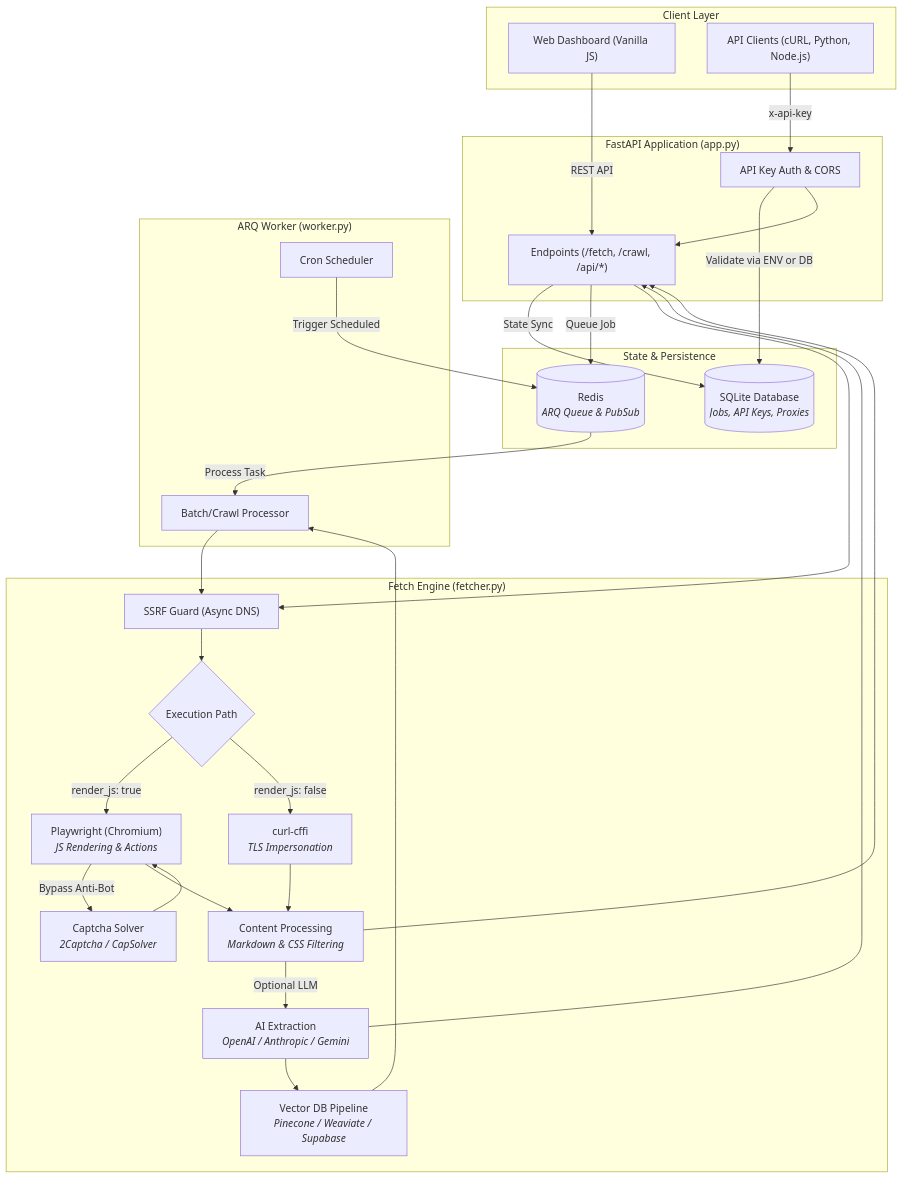
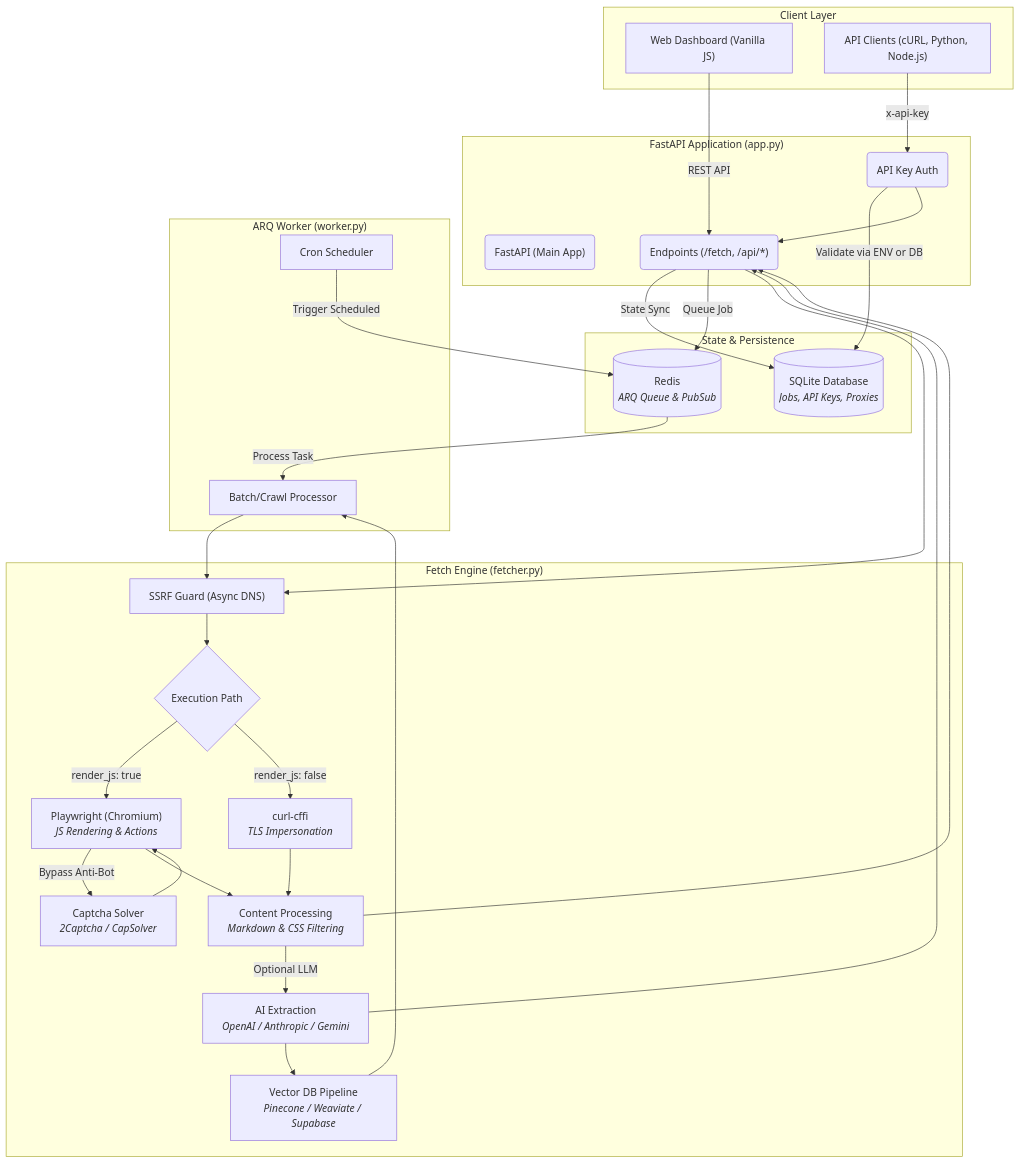
Before and after one commit to Tejas3479/crawlix: the first of 2 diagrams in README.md, drawn with Mermaid. The commit also changed other lines of this file and 1 other file, not shown here.

Commit message:
docs: align routes in API.md and README with actual implementation

````diff
--- a/README.md
+++ b/README.md
@@ -148,56 +149,57 @@
 ```mermaid
 flowchart TD
     subgraph Client["Client Layer"]
         UI["Web Dashboard (Vanilla JS)"]
         API_CLIENT["API Clients (cURL, Python, Node.js)"]
     end
 
     subgraph Server["FastAPI Application (app.py)"]
-        AUTH["API Key Auth & CORS"]
-        ROUTES["Endpoints (/fetch, /crawl, /api/*)"]
+        FASTAPI("FastAPI (Main App)")
+        ROUTES("Endpoints (/fetch, /api/*)")
+        AUTH("API Key Auth")
     end
     
     subgraph Storage["State & Persistence"]
         DB[("SQLite Database<br/><i>Jobs, API Keys, Proxies</i>")]
         REDIS[("Redis<br/><i>ARQ Queue & PubSub</i>")]
     end
 
     subgraph Background["ARQ Worker (worker.py)"]
         CRON["Cron Scheduler"]
         BATCH["Batch/Crawl Processor"]
     end
 
     subgraph Engine["Fetch Engine (fetcher.py)"]
         SSRF["SSRF Guard (Async DNS)"]
         ROUTER{"Execution Path"}
         PW["Playwright (Chromium)<br/><i>JS Rendering & Actions</i>"]
         CURL["curl-cffi<br/><i>TLS Impersonation</i>"]
         CAPTCHA["Captcha Solver<br/><i>2Captcha / CapSolver</i>"]
         PROCESS["Content Processing<br/><i>Markdown & CSS Filtering</i>"]
         LLM["AI Extraction<br/><i>OpenAI / Anthropic / Gemini</i>"]
         VECTOR["Vector DB Pipeline<br/><i>Pinecone / Weaviate / Supabase</i>"]
     end
 
     UI -->|REST API| ROUTES
     API_CLIENT -->|x-api-key| AUTH
     AUTH -->|Validate via ENV or DB| DB
     AUTH --> ROUTES
     ROUTES -->|State Sync| DB
     ROUTES -->|Queue Job| REDIS
     REDIS -->|Process Task| BATCH
     CRON -->|Trigger Scheduled| REDIS
     ROUTES --> SSRF
     BATCH --> SSRF
     SSRF --> ROUTER
     ROUTER -->|render_js: true| PW
     ROUTER -->|render_js: false| CURL
     PW -->|Bypass Anti-Bot| CAPTCHA
     CAPTCHA --> PW
     PW --> PROCESS
     CURL --> PROCESS
     PROCESS -->|Optional LLM| LLM
     LLM --> VECTOR
     LLM --> ROUTES
     PROCESS --> ROUTES
     VECTOR --> BATCH
 ```
````
